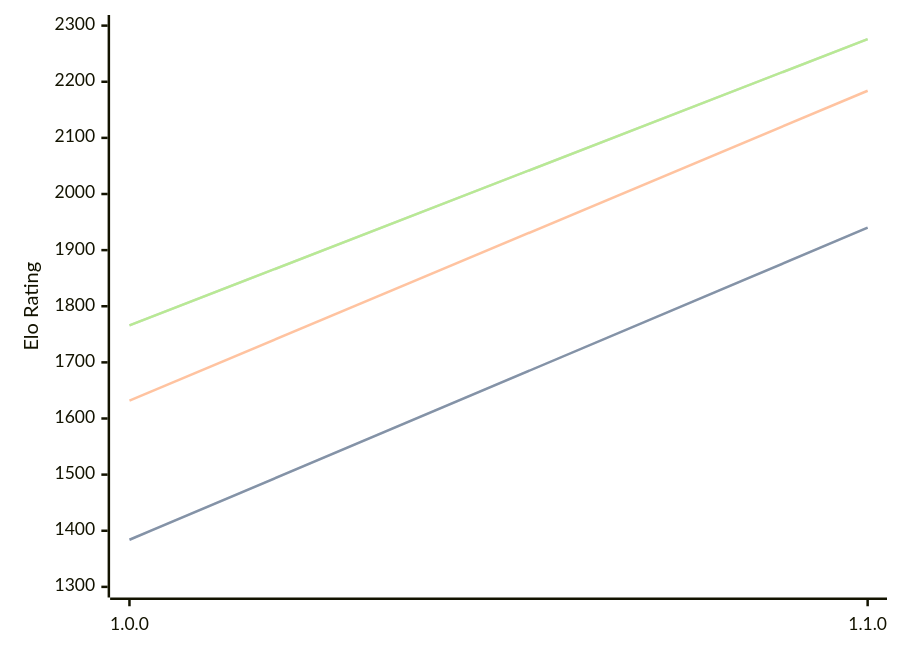
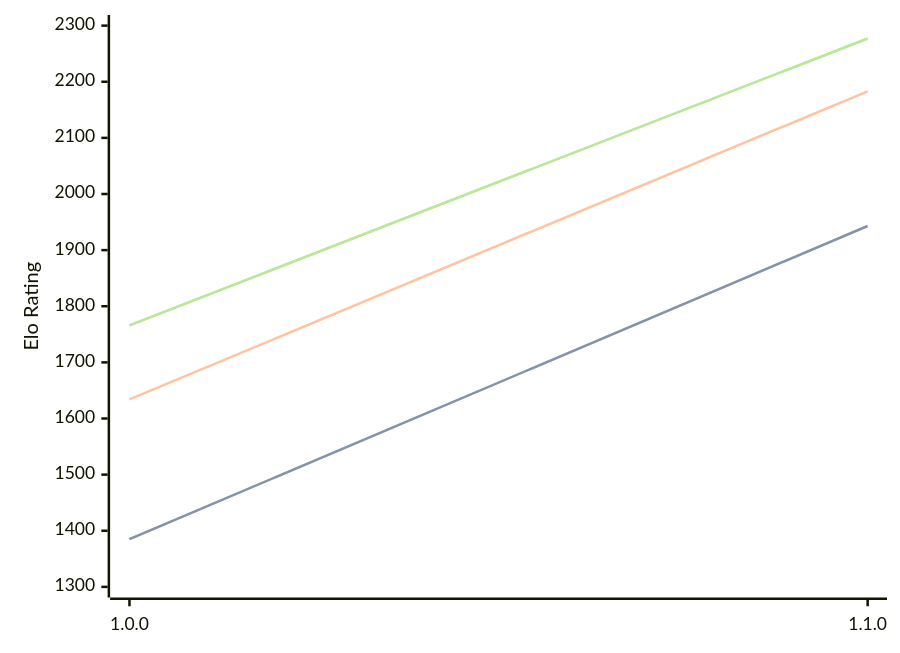
The diagram in engines/Akerbeltz.md (computer-chess-index/cci), drawn with Mermaid before and after one commit. The commit also changed other lines of this file, not shown here.

Commit message:
Update CCI Ratings (ELO VLTC) - 2026-05-21

````diff
--- a/engines/Akerbeltz.md
+++ b/engines/Akerbeltz.md
@@ -32,11 +32,11 @@
 ```mermaid
 %%{init: {"theme":"base","themeVariables":{"seriesColors:['#a3a3a3','#222221','#faa371']}}}%%
 xychart-beta
   x-axis ["1.0.0", "1.1.0"]
   y-axis "Elo Rating" 1300 --> 2300
-  line "STC (8.0+0.08s)" [1384, 1940]
-  line "STC (8.0+0.08s)" [1384, 1940]
-  line "LTC (60.0+0.60s)" [1632, 2184]
-  line "VLTC (2m24s+1.12s)" [1766, 2276]
-  line "VLTC (2m24s+1.12s)" [1766, 2276]
+  line "STC (8.0+0.08s)" [1385, 1943]
+  line "STC (8.0+0.08s)" [1385, 1943]
+  line "LTC (60.0+0.60s)" [1634, 2183]
+  line "VLTC (2m24s+1.12s)" [1766, 2277]
+  line "VLTC (2m24s+1.12s)" [1766, 2277]
 ```
````
